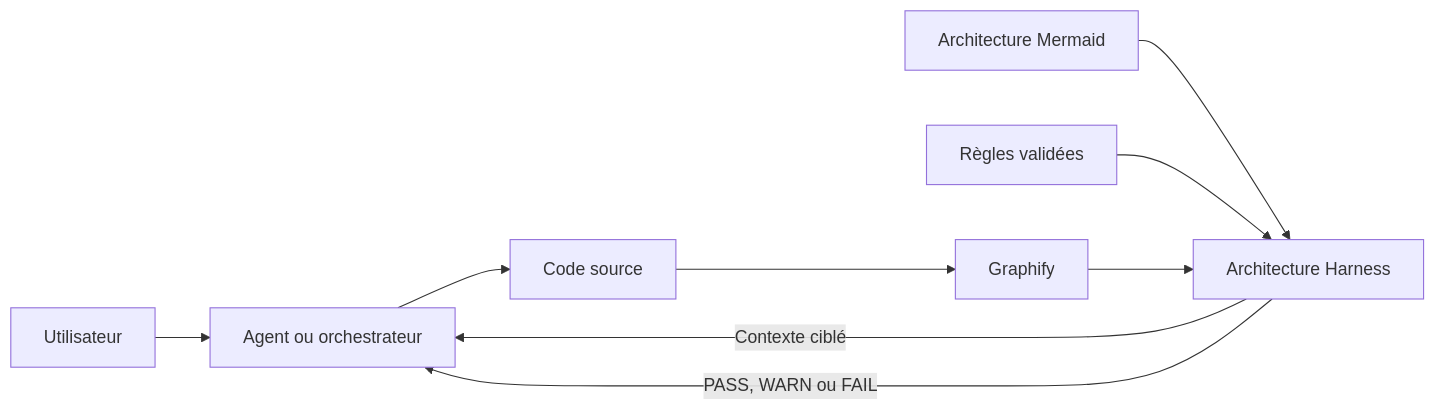
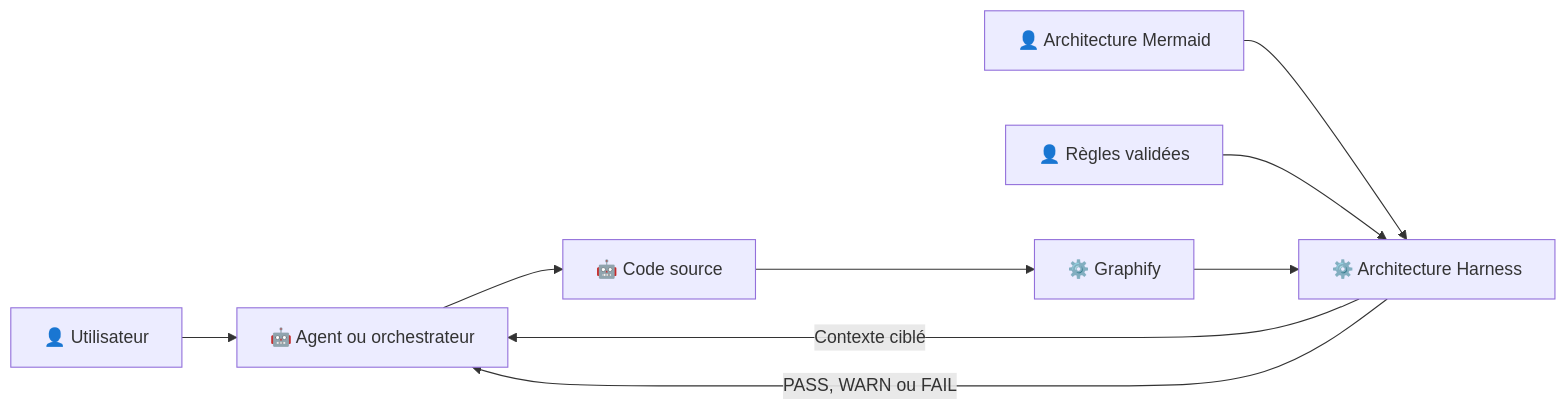
One commit to Jeandavidnelson/Harness changed the first of 8 diagrams in documentation/DOCUMENTATION_FONCTIONNELLE.md. Above: the diagram before and after it, drawn with Mermaid. The commit also changed other lines of this file and 7 other files, not shown here.

````diff
--- a/documentation/DOCUMENTATION_FONCTIONNELLE.md
+++ b/documentation/DOCUMENTATION_FONCTIONNELLE.md
@@ -16,11 +26,11 @@
 ```mermaid
 flowchart LR
-    U["Utilisateur"] --> O["Agent ou orchestrateur"]
-    D["Architecture Mermaid"] --> H["Architecture Harness"]
-    R["Règles validées"] --> H
-    C["Code source"] --> G["Graphify"]
+    U["👤 Utilisateur"] --> O["🤖 Agent ou orchestrateur"]
+    D["👤 Architecture Mermaid"] --> H["⚙️ Architecture Harness"]
+    R["👤 Règles validées"] --> H
+    C["🤖 Code source"] --> G["⚙️ Graphify"]
     G --> H
     H -->|"Contexte ciblé"| O
     O --> C
     H -->|"PASS, WARN ou FAIL"| O
 ```
````
